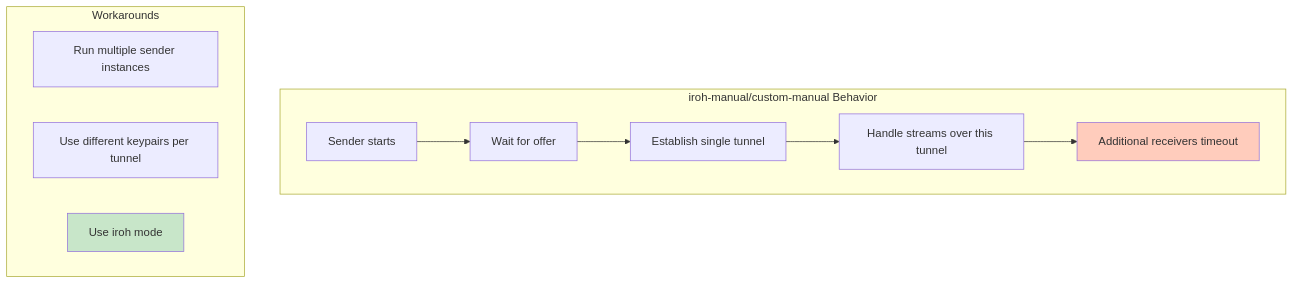
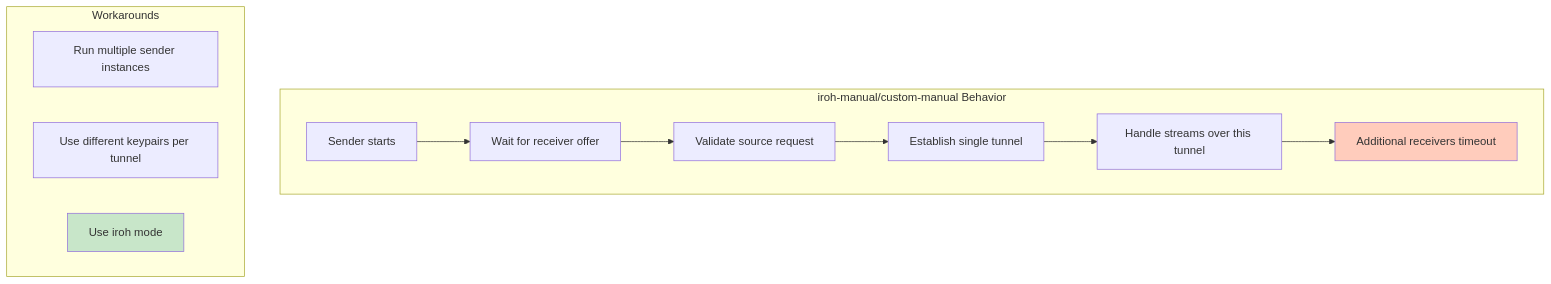
Before and after one commit to andrewtheguy/vpn-rs: diagram 38 of 38 in docs/ARCHITECTURE.md, drawn with Mermaid. The commit also changed other lines of this file and 12 other files, not shown here.

First line of the commit message:
Refactor Iroh Manual Mode for Receiver-Initiated Signaling

````diff
--- a/docs/ARCHITECTURE.md
+++ b/docs/ARCHITECTURE.md
@@ -1590,18 +1590,19 @@
 ```mermaid
 graph TB
     subgraph "iroh-manual/custom-manual Behavior"
-        A[Sender starts] --> B[Wait for offer]
-        B --> C[Establish single tunnel]
-        C --> D[Handle streams over this tunnel]
-        D --> E[Additional receivers timeout]
+        A[Sender starts] --> B[Wait for receiver offer]
+        B --> C[Validate source request]
+        C --> D[Establish single tunnel]
+        D --> E[Handle streams over this tunnel]
+        E --> F[Additional receivers timeout]
     end
 
     subgraph "Workarounds"
-        F[Run multiple sender instances]
-        G[Use different keypairs per tunnel]
-        H[Use iroh mode]
+        G[Run multiple sender instances]
+        H[Use different keypairs per tunnel]
+        I[Use iroh mode]
     end
 
-    style E fill:#FFCCBC
-    style H fill:#C8E6C9
+    style F fill:#FFCCBC
+    style I fill:#C8E6C9
 ```
````
